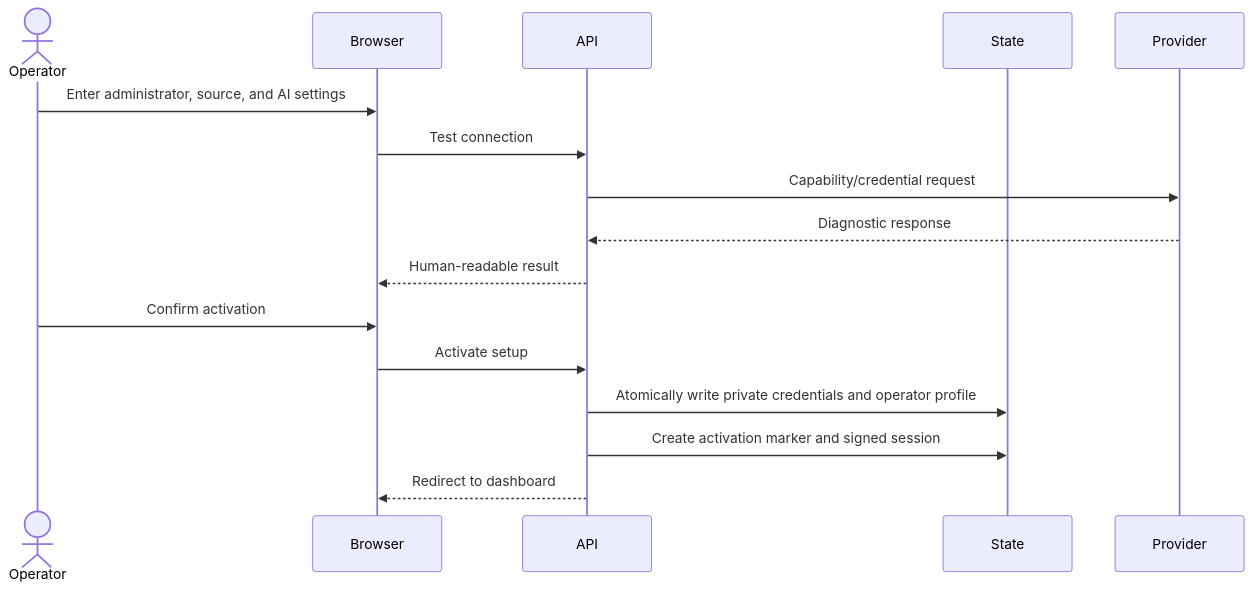
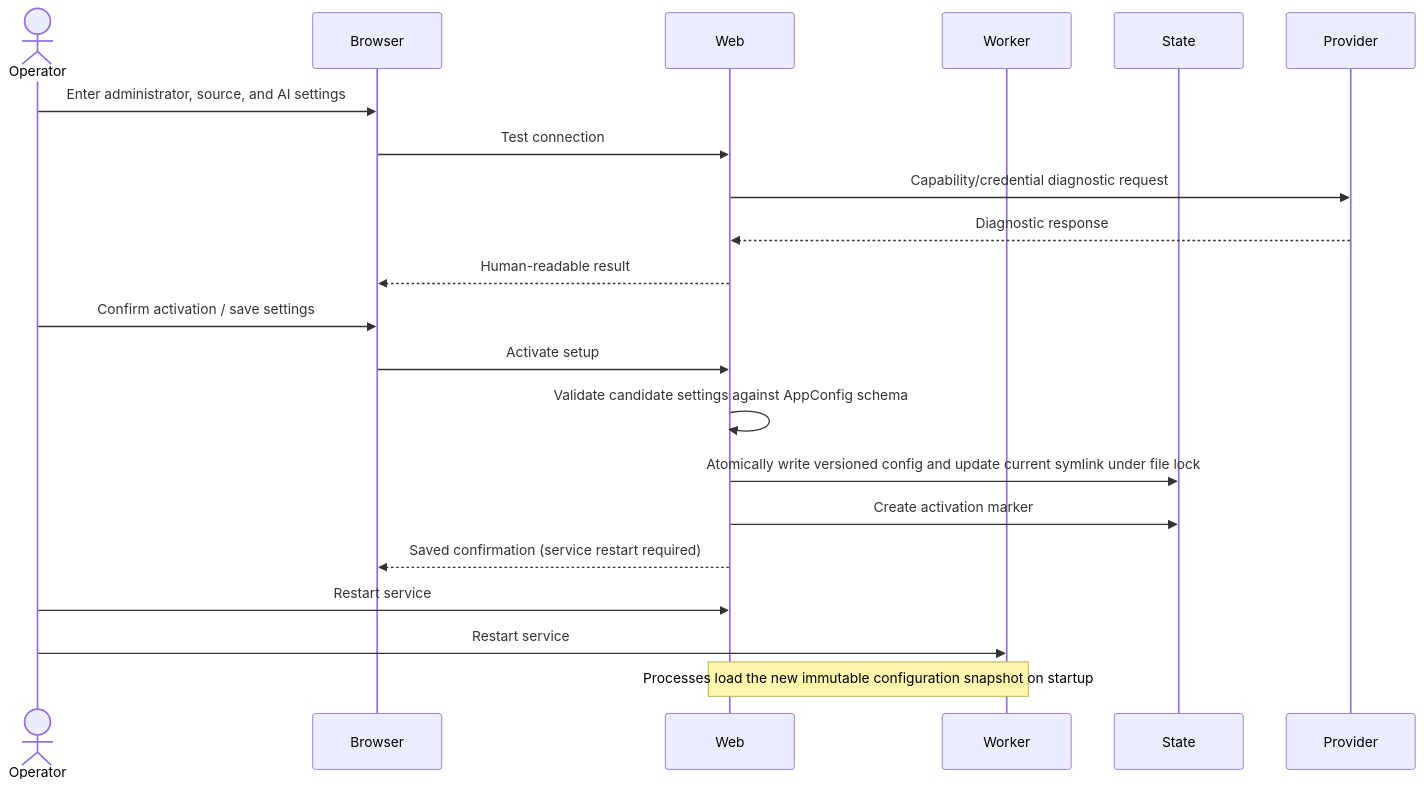
The eighth of 8 diagrams in docs/architecture/c4-model.md (cpu23/trading-data-platform), drawn with Mermaid before and after one commit. The commit also changed other lines of this file and 113 other files, not shown here.

First line of the commit message:
refactor: complete immutable three-service runtime cutover

````diff
--- a/docs/architecture/c4-model.md
+++ b/docs/architecture/c4-model.md
@@ -328,19 +324,24 @@
 ```mermaid
 sequenceDiagram
     actor Operator
     participant Browser
-    participant API
+    participant Web
+    participant Worker
     participant State
     participant Provider
 
     Operator->>Browser: Enter administrator, source, and AI settings
-    Browser->>API: Test connection
-    API->>Provider: Capability/credential request
-    Provider-->>API: Diagnostic response
-    API-->>Browser: Human-readable result
-    Operator->>Browser: Confirm activation
-    Browser->>API: Activate setup
-    API->>State: Atomically write private credentials and operator profile
-    API->>State: Create activation marker and signed session
-    API-->>Browser: Redirect to dashboard
+    Browser->>Web: Test connection
+    Web->>Provider: Capability/credential diagnostic request
+    Provider-->>Web: Diagnostic response
+    Web-->>Browser: Human-readable result
+    Operator->>Browser: Confirm activation / save settings
+    Browser->>Web: Activate setup
+    Web->>Web: Validate candidate settings against AppConfig schema
+    Web->>State: Atomically write versioned config and update current symlink under file lock
+    Web->>State: Create activation marker
+    Web-->>Browser: Saved confirmation (service restart required)
+    Operator->>Web: Restart service
+    Operator->>Worker: Restart service
+    Note over Web,Worker: Processes load the new immutable configuration snapshot on startup
 ```
````
